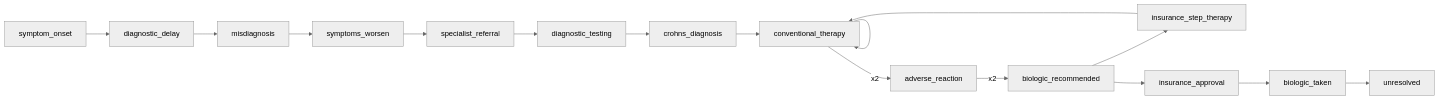
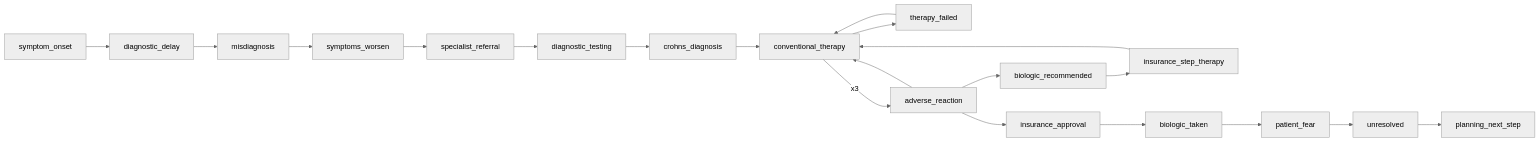
Diagram 23 of 50 in docs/referral_pathways.md (carecodeconnect/crohnicity), drawn with Mermaid before and after one commit. The commit also changed other lines of this file and 107 other files, not shown here.

````diff
--- a/docs/referral_pathways.md
+++ b/docs/referral_pathways.md
@@ -860,33 +865,40 @@
 ``` mermaid
 %%{init: {'theme':'neutral'}}%%
 flowchart LR
     n0["symptom_onset"]
     n1["diagnostic_delay"]
     n2["misdiagnosis"]
     n3["symptoms_worsen"]
     n4["specialist_referral"]
     n5["diagnostic_testing"]
     n6["crohns_diagnosis"]
     n7["conventional_therapy"]
-    n8["adverse_reaction"]
-    n9["biologic_recommended"]
-    n10["insurance_step_therapy"]
-    n11["insurance_approval"]
-    n12["biologic_taken"]
-    n13["unresolved"]
+    n8["therapy_failed"]
+    n9["adverse_reaction"]
+    n10["biologic_recommended"]
+    n11["insurance_step_therapy"]
+    n12["insurance_approval"]
+    n13["biologic_taken"]
+    n14["patient_fear"]
+    n15["unresolved"]
+    n16["planning_next_step"]
     n0 -->n1
     n1 -->n2
     n2 -->n3
     n3 -->n4
     n4 -->n5
     n5 -->n6
     n6 -->n7
-    n7 -->n7
-    n7 -->|x2| n8
-    n8 -->|x2| n9
+    n7 -->n8
+    n8 -->n7
+    n7 -->|x3| n9
+    n9 -->n7
     n9 -->n10
-    n10 -->n7
-    n9 -->n11
-    n11 -->n12
+    n10 -->n11
+    n11 -->n7
+    n9 -->n12
     n12 -->n13
+    n13 -->n14
+    n14 -->n15
+    n15 -->n16
 ```
````
